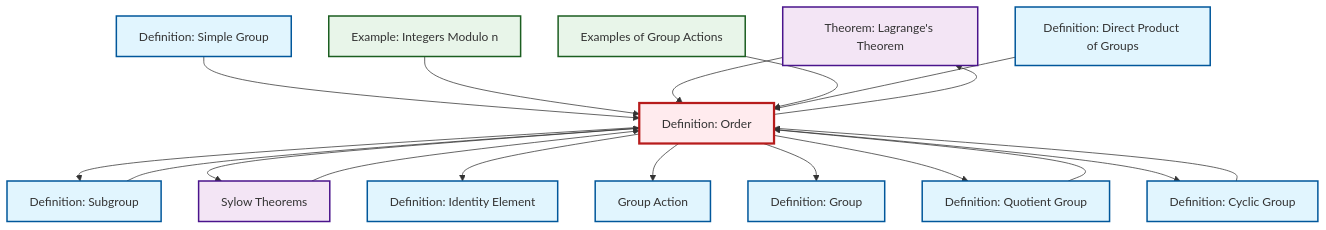
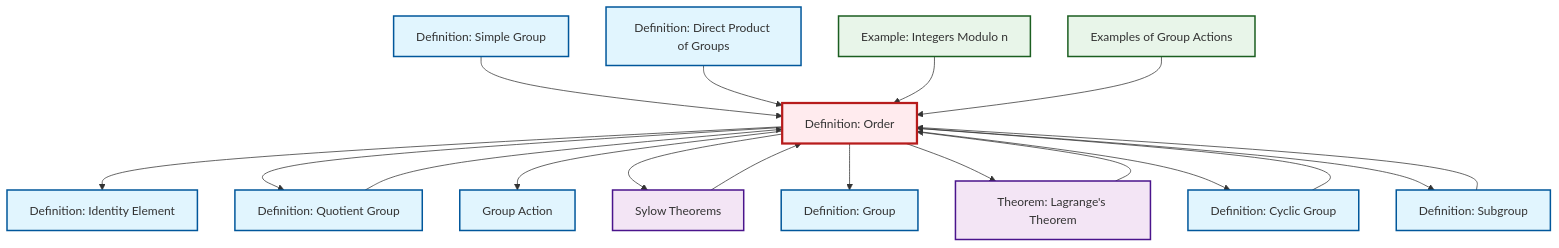
The diagram in content/en/algebra/def-order.qmd (RK0429/ModernMath), drawn with Mermaid before and after one commit. The commit also changed other lines of this file and 654 other files, not shown here.

````diff
--- a/content/en/algebra/def-order.qmd
+++ b/content/en/algebra/def-order.qmd
@@ -80,52 +80,52 @@
 ```{mermaid}
 %%| fig-cap: "Local dependency graph"
 graph TD
     classDef definition fill:#e1f5fe,stroke:#01579b,stroke-width:2px
     classDef theorem fill:#f3e5f5,stroke:#4a148c,stroke-width:2px
     classDef axiom fill:#fff3e0,stroke:#e65100,stroke-width:2px
     classDef example fill:#e8f5e9,stroke:#1b5e20,stroke-width:2px
     classDef current fill:#ffebee,stroke:#b71c1c,stroke-width:3px
+    def-simple-group["Definition: Simple Group"]:::definition
+    def-cyclic-group["Definition: Cyclic Group"]:::definition
     def-group["Definition: Group"]:::definition
+    thm-sylow["Sylow Theorems"]:::theorem
+    def-order["Definition: Order"]:::definition
+    def-quotient-group["Definition: Quotient Group"]:::definition
     thm-lagrange["Theorem: Lagrange's Theorem"]:::theorem
-    def-simple-group["Definition: Simple Group"]:::definition
-    def-quotient-group["Definition: Quotient Group"]:::definition
-    def-cyclic-group["Definition: Cyclic Group"]:::definition
     def-subgroup["Definition: Subgroup"]:::definition
-    thm-sylow["Sylow Theorems"]:::theorem
     def-direct-product["Definition: Direct Product of Groups"]:::definition
-    def-order["Definition: Order"]:::definition
-    ex-quotient-integers-mod-n["Example: Integers Modulo n"]:::example
-    def-group-action["Group Action"]:::definition
     def-identity-element["Definition: Identity Element"]:::definition
     ex-group-action-examples["Examples of Group Actions"]:::example
+    def-group-action["Group Action"]:::definition
+    ex-quotient-integers-mod-n["Example: Integers Modulo n"]:::example
     def-simple-group --> def-order
+    def-order --> def-identity-element
+    def-cyclic-group --> def-order
+    def-subgroup --> def-order
+    def-order --> def-quotient-group
+    def-direct-product --> def-order
+    def-order --> def-group-action
+    def-order --> thm-sylow
+    def-order --> def-group
+    thm-sylow --> def-order
+    def-quotient-group --> def-order
+    def-order --> thm-lagrange
+    def-order --> def-cyclic-group
     ex-quotient-integers-mod-n --> def-order
+    ex-group-action-examples --> def-order
+    thm-lagrange --> def-order
     def-order --> def-subgroup
-    def-order --> thm-sylow
-    def-subgroup --> def-order
-    def-quotient-group --> def-order
-    thm-lagrange --> def-order
-    def-order --> thm-lagrange
-    def-order --> def-identity-element
-    def-order --> def-group-action
-    ex-group-action-examples --> def-order
-    def-cyclic-group --> def-order
-    def-order --> def-group
-    def-direct-product --> def-order
-    def-order --> def-quotient-group
-    thm-sylow --> def-order
-    def-order --> def-cyclic-group
     class def-order current
+    click def-simple-group "def-simple-group.html" "Go to Simple Group definition"
+    click def-cyclic-group "def-cyclic-group.html" "Go to Cyclic Group definition"
     click def-group "def-group.html" "Go to Group definition"
+    click thm-sylow "thm-sylow.html" "Go to Sylow Theorems"
+    click def-quotient-group "def-quotient-group.html" "Go to Quotient Group definition"
     click thm-lagrange "thm-lagrange.html" "Go to Lagrange's Theorem theorem"
-    click def-simple-group "def-simple-group.html" "Go to Simple Group definition"
-    click def-quotient-group "def-quotient-group.html" "Go to Quotient Group definition"
-    click def-cyclic-group "def-cyclic-group.html" "Go to Cyclic Group definition"
     click def-subgroup "def-subgroup.html" "Go to Subgroup definition"
-    click thm-sylow "thm-sylow.html" "Go to Sylow Theorems"
     click def-direct-product "def-direct-product.html" "Go to Direct Product of Groups definition"
-    click ex-quotient-integers-mod-n "ex-quotient-integers-mod-n.html" "Go to Integers Modulo n example"
-    click def-group-action "def-group-action.html" "Go to Group Action"
     click def-identity-element "def-identity-element.html" "Go to Identity Element definition"
     click ex-group-action-examples "ex-group-action-examples.html" "Go to Examples of Group Actions"
+    click def-group-action "def-group-action.html" "Go to Group Action"
+    click ex-quotient-integers-mod-n "ex-quotient-integers-mod-n.html" "Go to Integers Modulo n example"
 ```
````
